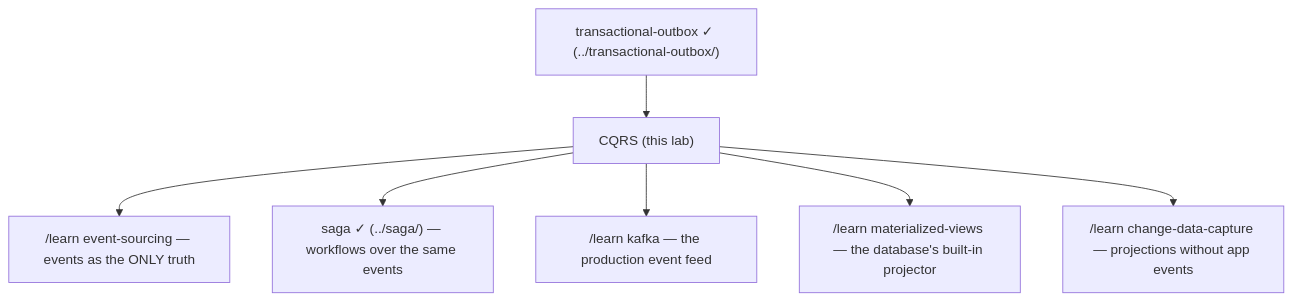
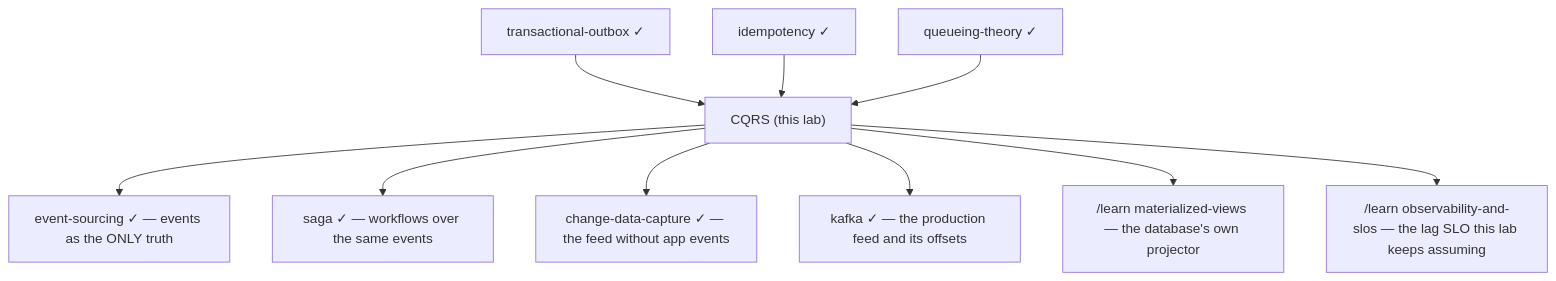
The second of 2 diagrams in cqrs/README.md (ravivarmachaluvadi/Learning), drawn with Mermaid before and after one commit. The commit also changed other lines of this file and 26 other files, not shown here.

First line of the commit message:
Add kafka-exactly-once and idempotent-consumer; rebuild paxos and cqrs as no-code labs

````diff
--- a/cqrs/README.md
+++ b/cqrs/README.md
@@ -306,9 +1457,12 @@
 ```mermaid
 flowchart TD
-    OB["transactional-outbox ✓ (../transactional-outbox/)"] --> CQ["CQRS (this lab)"]
-    CQ --> ES["/learn event-sourcing — events as the ONLY truth"]
-    CQ --> SG["saga ✓ (../saga/) — workflows over the same events"]
-    CQ --> K["/learn kafka — the production event feed"]
-    CQ --> MV["/learn materialized-views — the database's built-in projector"]
-    CQ --> CDC["/learn change-data-capture — projections without app events"]
+    OB["transactional-outbox ✓"] --> CQ["CQRS (this lab)"]
+    ID["idempotency ✓"] --> CQ
+    QT["queueing-theory ✓"] --> CQ
+    CQ --> ES["event-sourcing ✓ — events as the ONLY truth"]
+    CQ --> SG["saga ✓ — workflows over the same events"]
+    CQ --> CDC["change-data-capture ✓ — the feed without app events"]
+    CQ --> K["kafka ✓ — the production feed and its offsets"]
+    CQ --> MV["/learn materialized-views — the database's own projector"]
+    CQ --> OBS["/learn observability-and-slos — the lag SLO this lab keeps assuming"]
 ```
````
